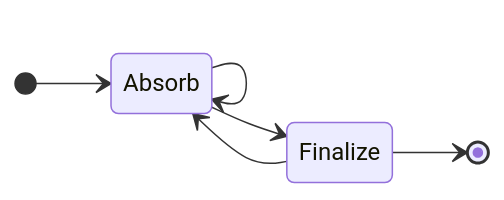
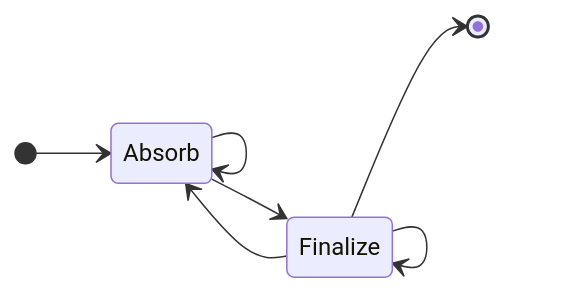
The diagram in specs/keccak256/variable-length-input.md (privacy-scaling-explorations/zkevm-specs), drawn with Mermaid before and after one commit. The commit also changed other lines of this file and 1 other file, not shown here.

````diff
--- a/specs/keccak256/variable-length-input.md
+++ b/specs/keccak256/variable-length-input.md
@@ -22,9 +21,10 @@
 ```mermaid
 stateDiagram-v2
     direction LR
     [*] --> Absorb
     Absorb --> Absorb
     Absorb --> Finalize
     Finalize --> Absorb
+    Finalize --> Finalize
     Finalize --> [*]
 ```
````
